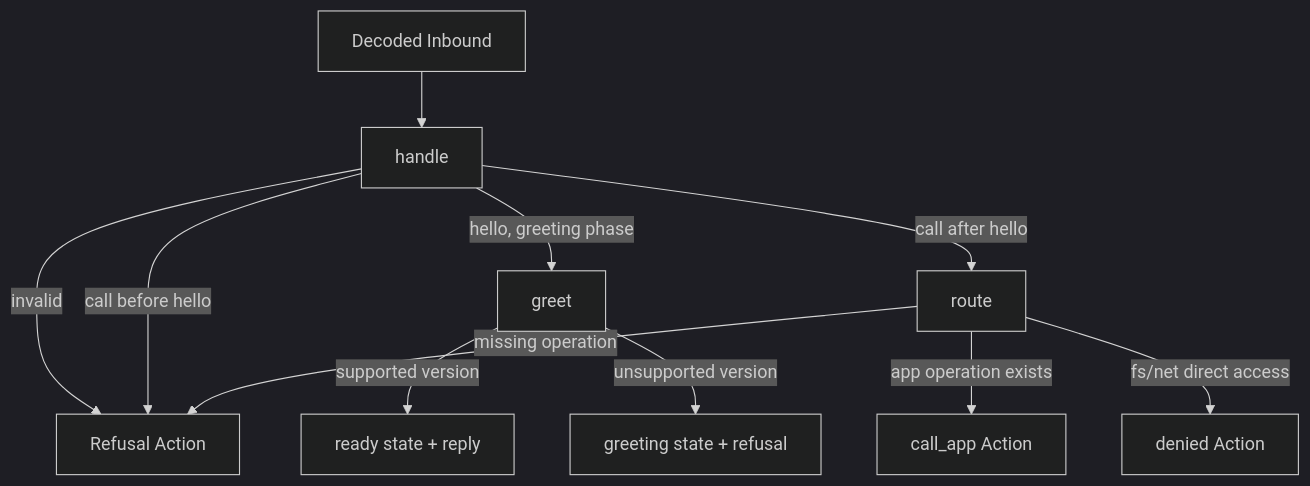
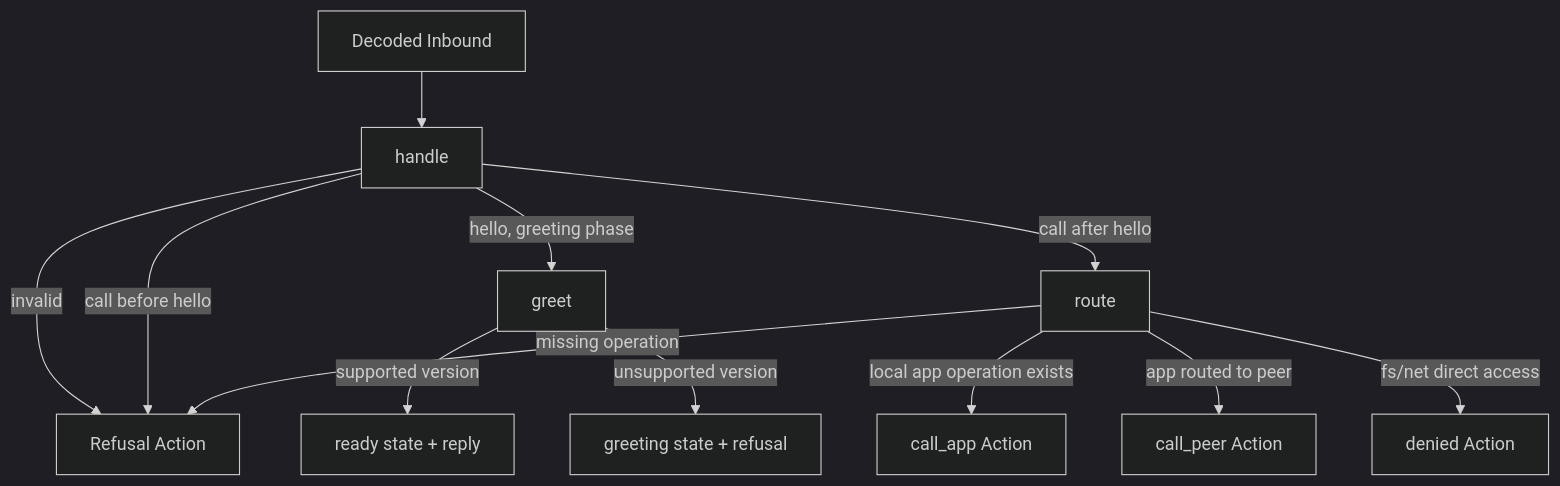
The diagram in daemon/packages/core/src/connection/README.md (StevenJPx2/workhorse), drawn with Mermaid (dark theme) before and after one commit. The commit also changed other lines of this file and 15 other files, not shown here.

````diff
--- a/daemon/packages/core/src/connection/README.md
+++ b/daemon/packages/core/src/connection/README.md
@@ -20,13 +21,14 @@
 ```mermaid
 flowchart TD
     Inbound[Decoded Inbound] --> Handle[handle]
     Handle -->|invalid| Refuse[Refusal Action]
     Handle -->|hello, greeting phase| Greet[greet]
     Greet -->|supported version| Ready[ready state + reply]
     Greet -->|unsupported version| Greeting[greeting state + refusal]
     Handle -->|call before hello| Refuse
     Handle -->|call after hello| Route[route]
-    Route -->|app operation exists| Call[call_app Action]
+    Route -->|local app operation exists| Call[call_app Action]
+    Route -->|app routed to peer| Peer[call_peer Action]
     Route -->|fs/net direct access| Deny[denied Action]
     Route -->|missing operation| Refuse
 ```
````
